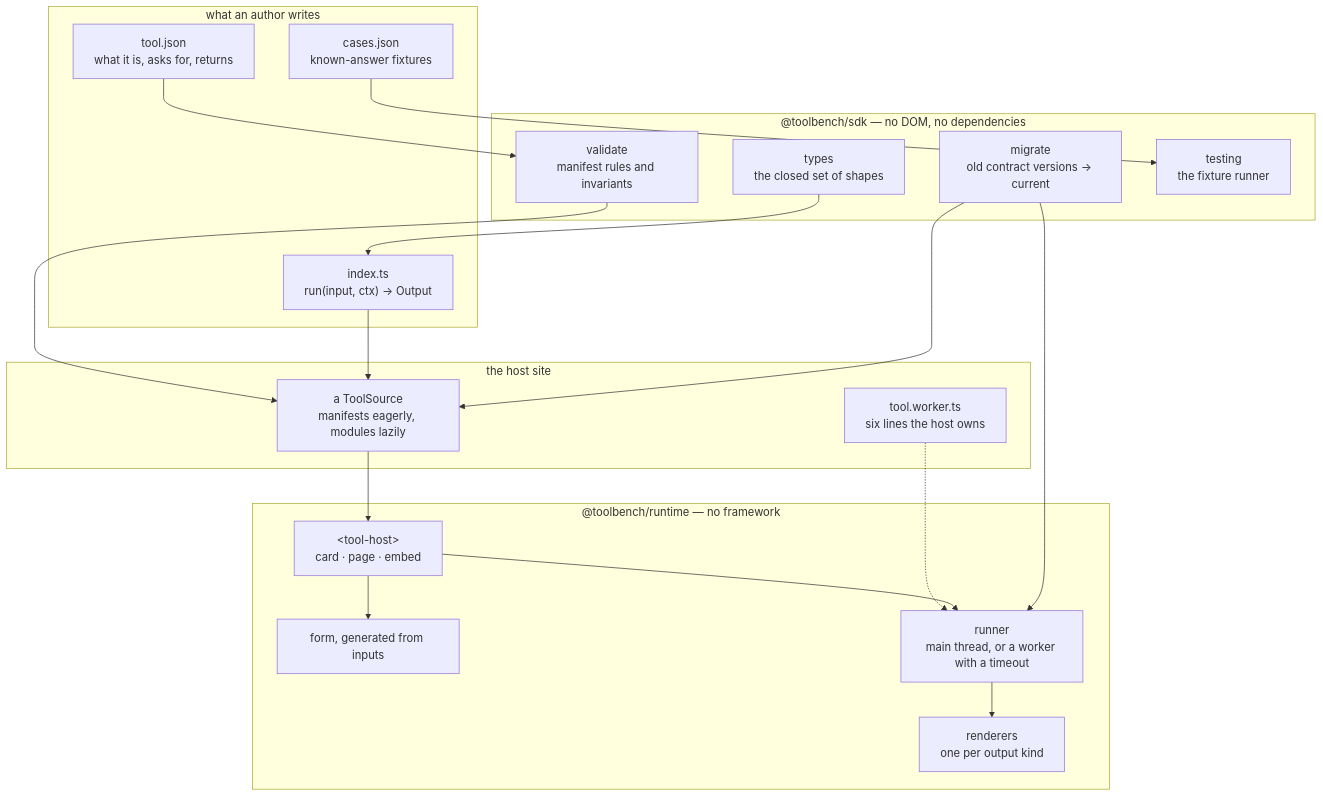
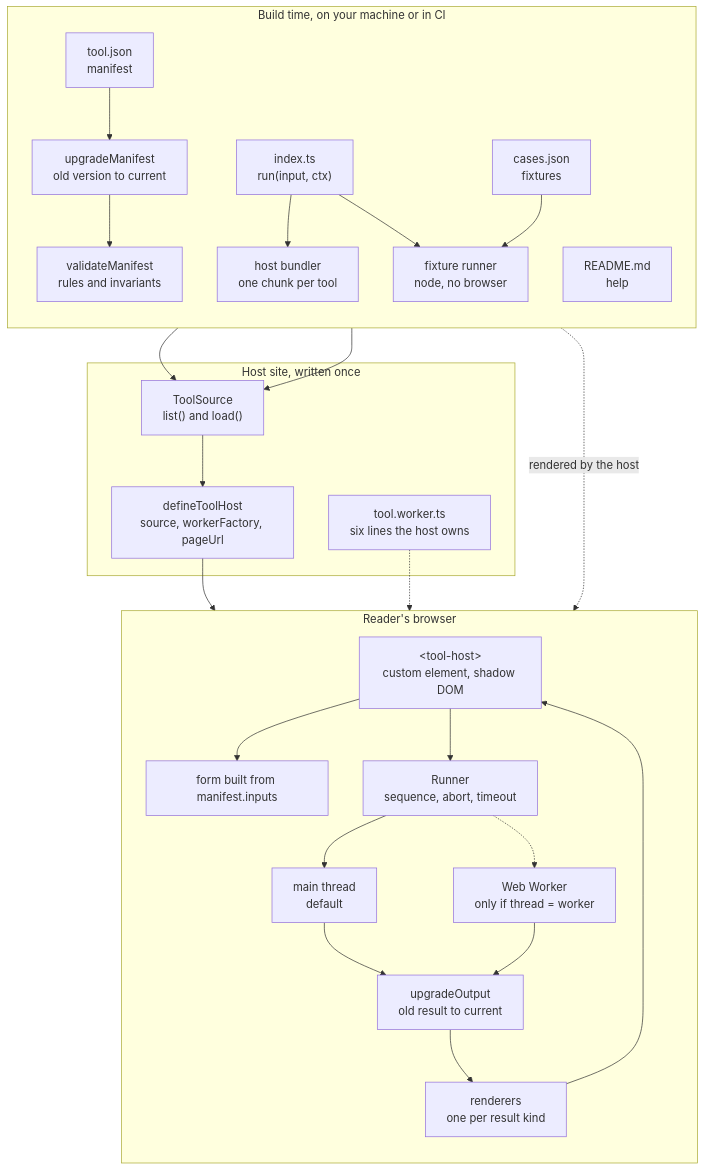
One commit to dyk1454683243-sudo/toolbench changed the first of 7 diagrams in docs/architecture.md. Above: the diagram before and after it, drawn with Mermaid. The commit also changed other lines of this file and 5 other files, not shown here.

````diff
--- a/docs/architecture.md
+++ b/docs/architecture.md
@@ -7,38 +70,50 @@
 ```mermaid
 graph TB
-    subgraph author["what an author writes"]
-        MAN["tool.json<br/>what it is, asks for, returns"]
-        FN["index.ts<br/>run(input, ctx) → Output"]
-        CASES["cases.json<br/>known-answer fixtures"]
+    subgraph BUILD["Build time, on your machine or in CI"]
+        direction TB
+        TJ["tool.json<br/>manifest"]
+        TS["index.ts<br/>run(input, ctx)"]
+        CS["cases.json<br/>fixtures"]
+        RM["README.md<br/>help"]
+        VAL["validateManifest<br/>rules and invariants"]
+        MIGB["upgradeManifest<br/>old version to current"]
+        BUNDLER["host bundler<br/>one chunk per tool"]
+        FIX["fixture runner<br/>node, no browser"]
+        TJ --> MIGB --> VAL
+        TS --> BUNDLER
+        CS --> FIX
+        TS --> FIX
     end
 
-    subgraph sdk["@toolbench/sdk — no DOM, no dependencies"]
-        TYPES["types<br/>the closed set of shapes"]
-        VALID["validate<br/>manifest rules and invariants"]
-        MIG["migrate<br/>old contract versions → current"]
-        TEST["testing<br/>the fixture runner"]
+    subgraph HOST["Host site, written once"]
+        SRC["ToolSource<br/>list() and load()"]
+        CFG["defineToolHost<br/>source, workerFactory, pageUrl"]
+        WE["tool.worker.ts<br/>six lines the host owns"]
+        VAL --> SRC
+        BUNDLER --> SRC
+        SRC --> CFG
     end
 
-    subgraph host["the host site"]
-        SRC["a ToolSource<br/>manifests eagerly, modules lazily"]
-        WORKER["tool.worker.ts<br/>six lines the host owns"]
+    subgraph PAGE["Reader's browser"]
+        direction TB
+        EL["&lt;tool-host&gt;<br/>custom element, shadow DOM"]
+        FORM["form built from manifest.inputs"]
+        RUNNER["Runner<br/>sequence, abort, timeout"]
+        MAIN["main thread<br/>default"]
+        WK["Web Worker<br/>only if thread = worker"]
+        REND["renderers<br/>one per result kind"]
+        MIGR["upgradeOutput<br/>old result to current"]
+        EL --> FORM
+        EL --> RUNNER
+        RUNNER --> MAIN
+        RUNNER -.-> WK
+        MAIN --> MIGR
+        WK --> MIGR
+        MIGR --> REND
+        REND --> EL
     end
 
-    subgraph runtime["@toolbench/runtime — no framework"]
-        EL["&lt;tool-host&gt;<br/>card · page · embed"]
-        FORM["form, generated from inputs"]
-        RUN["runner<br/>main thread, or a worker with a timeout"]
-        REND["renderers<br/>one per output kind"]
-    end
-
-    MAN --> VALID --> SRC
-    FN --> SRC
-    CASES --> TEST
-    TYPES --> FN
-    SRC --> EL
-    WORKER -.-> RUN
-    EL --> FORM
-    EL --> RUN --> REND
-    MIG --> RUN
-    MIG --> SRC
+    CFG --> EL
+    WE -.-> WK
+    RM -.->|"rendered by the host"| PAGE
 ```
````
